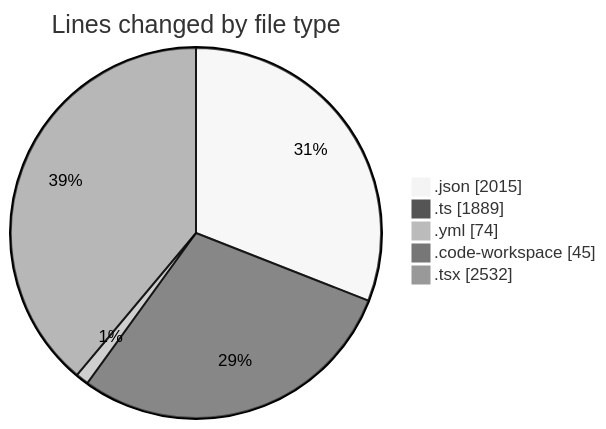
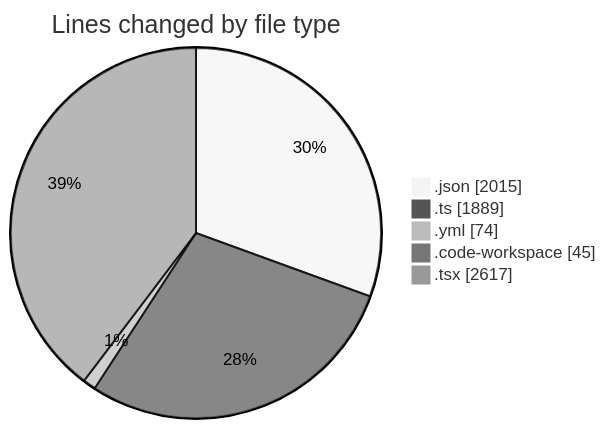
The first of 2 diagrams in 2025-11-25/eventscop-frontend-guide__workspace_/README.md (julien-gomy/code-tracking), drawn with Mermaid (neutral theme) before and after one commit. The commit also changed other lines of this file and 1 other file, not shown here.

````diff
--- a/2025-11-25/eventscop-frontend-guide__workspace_/README.md
+++ b/2025-11-25/eventscop-frontend-guide__workspace_/README.md
@@ -44,9 +44,9 @@
 ```mermaid
 pie showData
 title Lines changed by file type
 ".json" : 2015
 ".ts" : 1889
 ".yml" : 74
 ".code-workspace" : 45
-".tsx" : 2532
+".tsx" : 2617
 ```
````
